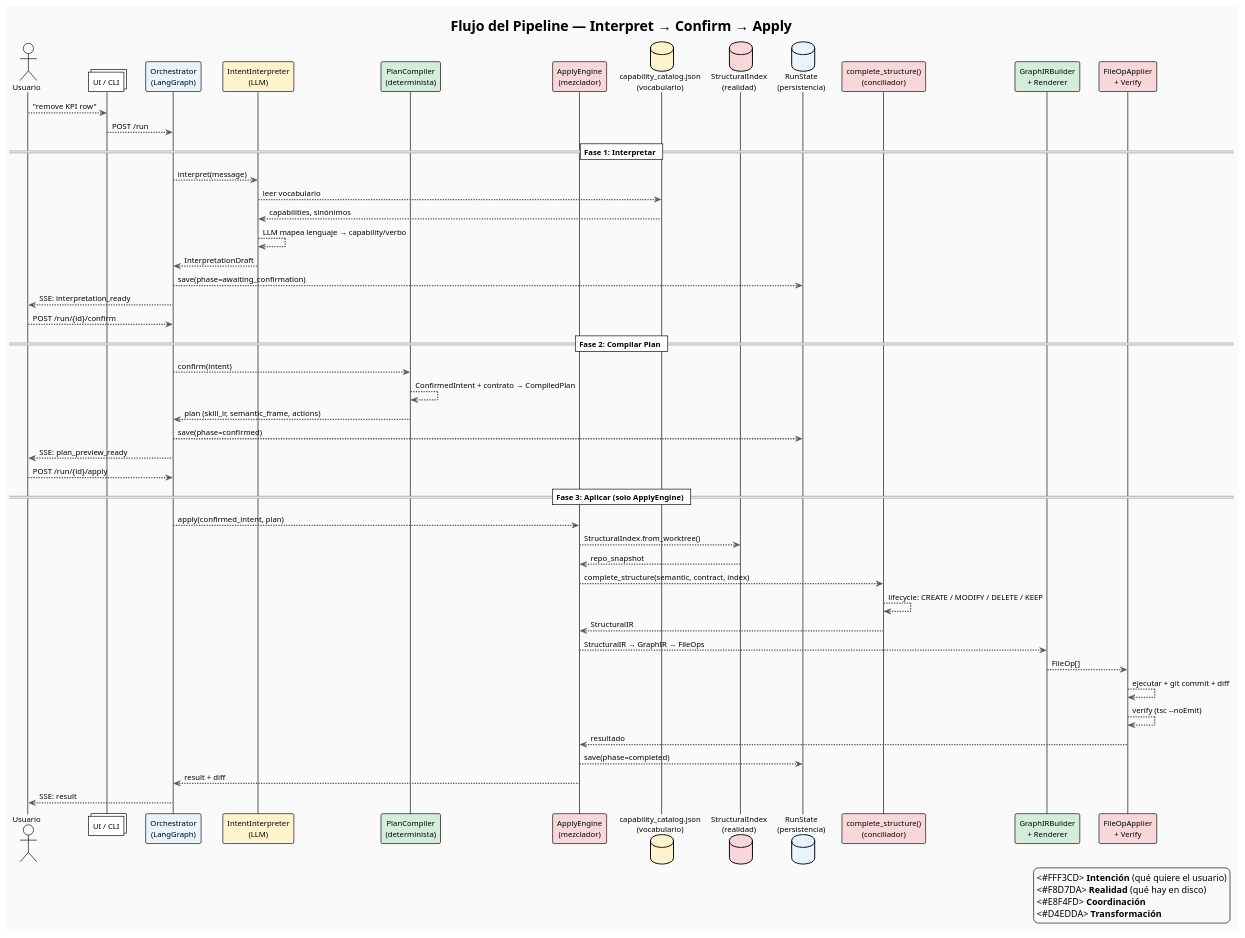
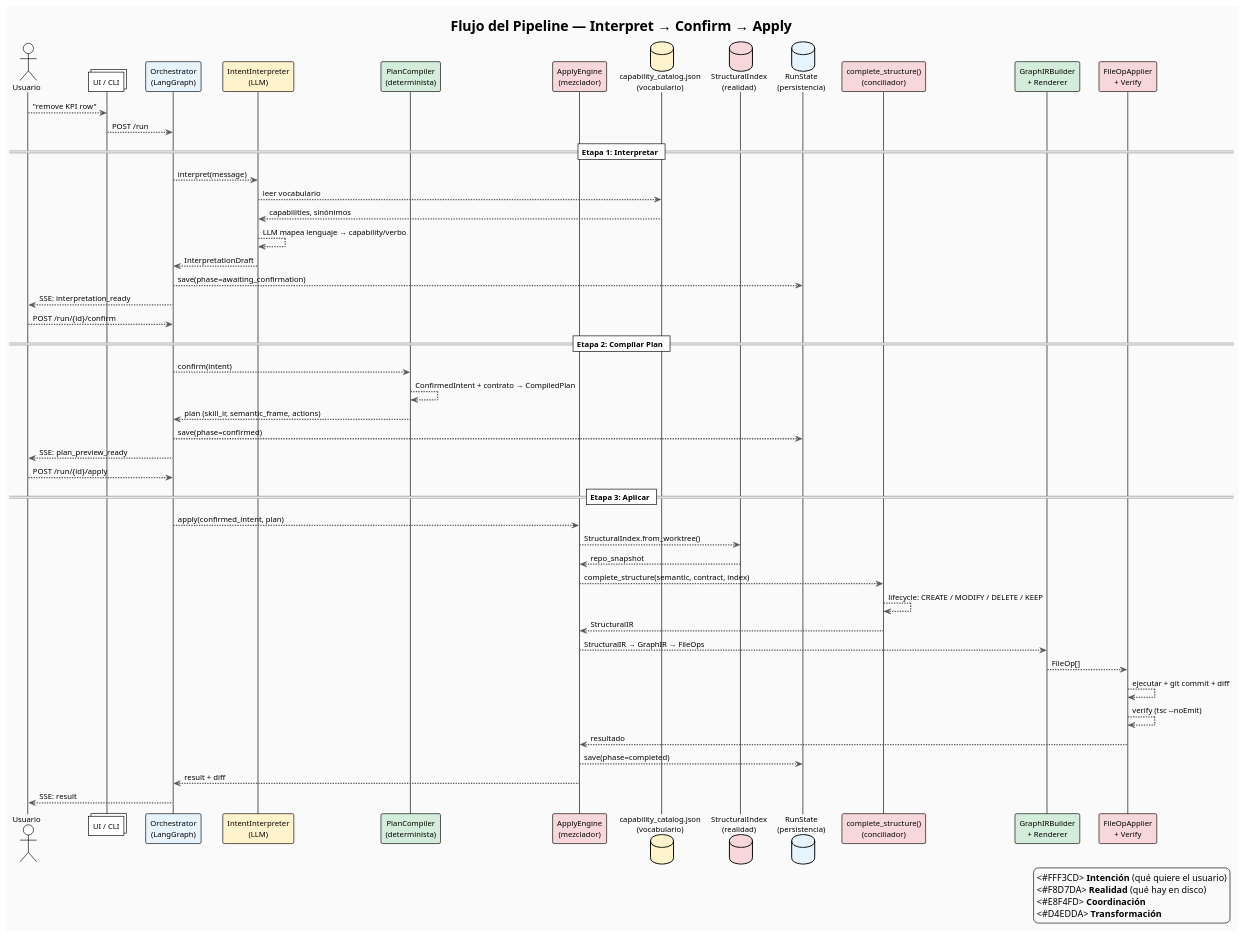
The diagram in docs/pipeline-flow.puml (amvisualdesigner/agent-system), drawn with PlantUML before and after one commit. The commit also changed 3 other files, not shown here.

```diff
--- a/docs/pipeline-flow.puml
+++ b/docs/pipeline-flow.puml
@@ -1,80 +1,80 @@
 @startuml
 !theme plain
 skinparam backgroundColor #fafafa
 skinparam shadowing false
 skinparam defaultFontName Fira Code
 skinparam defaultFontSize 12
 skinparam arrowColor #555555
 skinparam arrowThickness 2
 
 title Flujo del Pipeline — Interpret → Confirm → Apply
 
 ' ============================================================
 ' PARTICIPANTES (solo tipos válidos en sequence diagram)
 ' ============================================================
 actor Usuario as USER
 collections "UI / CLI" as UI
 
 participant "Orchestrator\n(LangGraph)" as OG #E8F4FD
 participant "IntentInterpreter\n(LLM)" as II #FFF3CD
 participant "PlanCompiler\n(determinista)" as PC #D4EDDA
 participant "ApplyEngine\n(mezclador)" as AE #F8D7DA
 
 database "capability_catalog.json\n(vocabulario)" as CAT #FFF3CD
 database "StructuralIndex\n(realidad)" as SI #F8D7DA
 database "RunState\n(persistencia)" as RS #E8F4FD
 
 participant "complete_structure()\n(conciliador)" as CS #F8D7DA
 participant "GraphIRBuilder\n+ Renderer" as GR #D4EDDA
 participant "FileOpApplier\n+ Verify" as FO #F8D7DA
 
 ' ============================================================
 ' FLUJO PRINCIPAL
 ' ============================================================
 USER --> UI : "remove KPI row"
 UI --> OG : POST /run
 
-== Fase 1: Interpretar ==
+== Etapa 1: Interpretar ==
 OG --> II : interpret(message)
 II --> CAT : leer vocabulario
 CAT --> II : capabilities, sinónimos
 II --> II : LLM mapea lenguaje → capability/verbo
 II --> OG : InterpretationDraft
 OG --> RS : save(phase=awaiting_confirmation)
 OG --> USER : SSE: interpretation_ready
 
 USER --> OG : POST /run/{id}/confirm
 
-== Fase 2: Compilar Plan ==
+== Etapa 2: Compilar Plan ==
 OG --> PC : confirm(intent)
 PC --> PC : ConfirmedIntent + contrato → CompiledPlan
 PC --> OG : plan (skill_ir, semantic_frame, actions)
 OG --> RS : save(phase=confirmed)
 OG --> USER : SSE: plan_preview_ready
 
 USER --> OG : POST /run/{id}/apply
 
-== Fase 3: Aplicar (solo ApplyEngine) ==
+== Etapa 3: Aplicar ==
 OG --> AE : apply(confirmed_intent, plan)
 AE --> SI : StructuralIndex.from_worktree()
 SI --> AE : repo_snapshot
 AE --> CS : complete_structure(semantic, contract, index)
 CS --> CS : lifecycle: CREATE / MODIFY / DELETE / KEEP
 CS --> AE : StructuralIR
 AE --> GR : StructuralIR → GraphIR → FileOps
 GR --> FO : FileOp[]
 FO --> FO : ejecutar + git commit + diff
 FO --> FO : verify (tsc --noEmit)
 FO --> AE : resultado
 AE --> RS : save(phase=completed)
 AE --> OG : result + diff
 OG --> USER : SSE: result
 
 legend right
   <#FFF3CD> <b>Intención</b> (qué quiere el usuario)
   <#F8D7DA> <b>Realidad</b> (qué hay en disco)
   <#E8F4FD> <b>Coordinación</b>
   <#D4EDDA> <b>Transformación</b>
 endlegend
 
 @enduml
```
